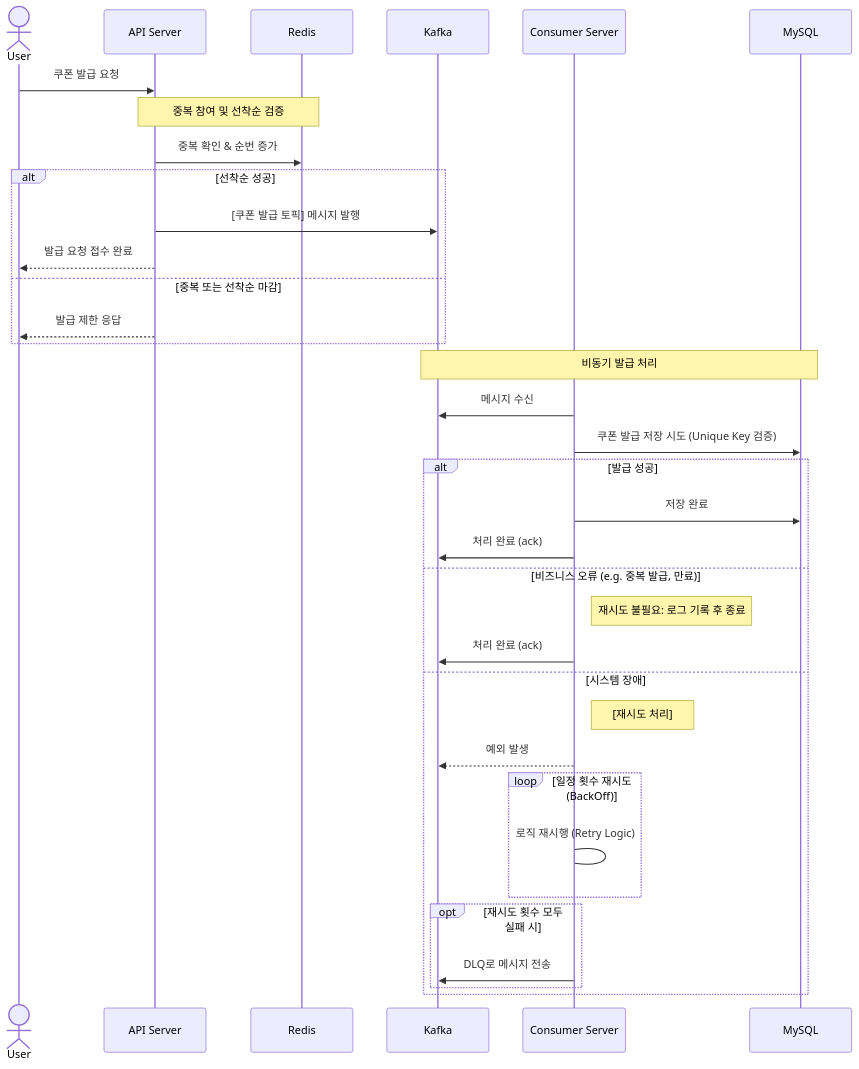
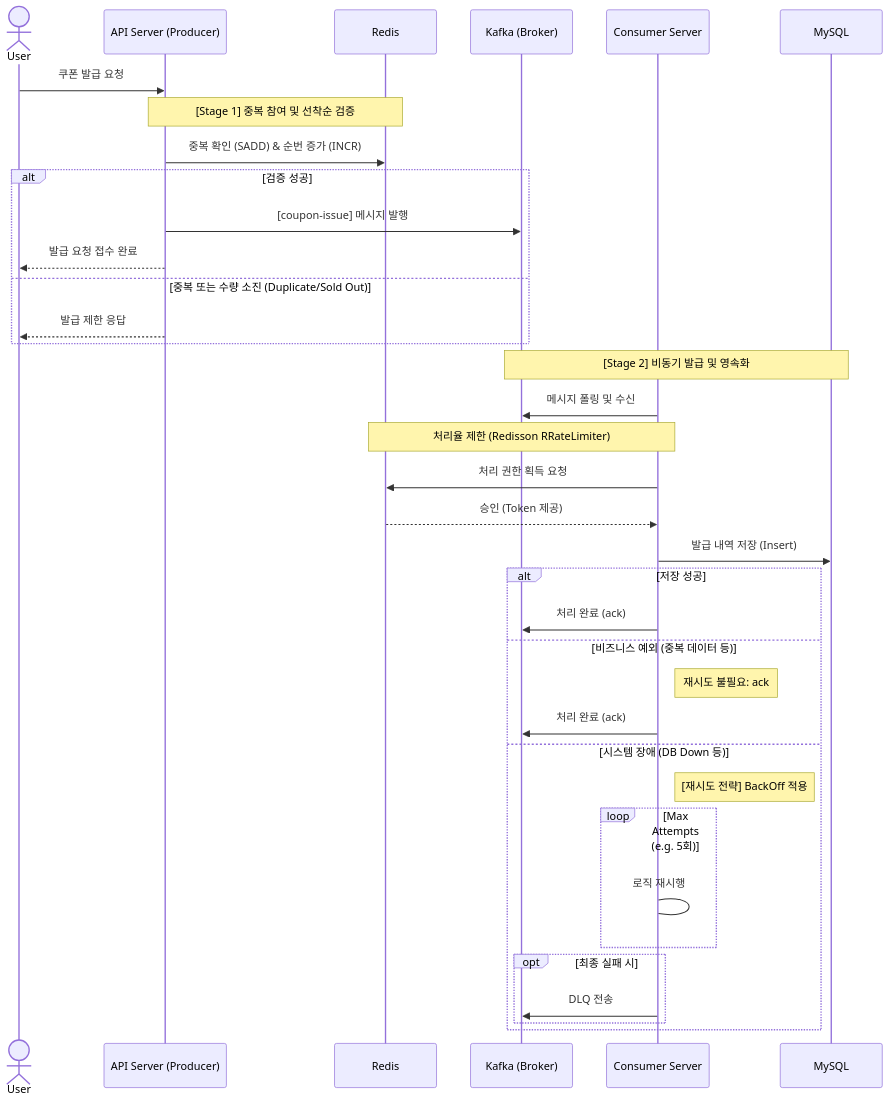
One commit to devFancy/springboot-coupon-system changed the second of 3 diagrams in docs/coupon-domain-modeling.md. Above: the diagram before and after it, drawn with Mermaid. The commit also changed other lines of this file and 8 other files, not shown here.

````diff
--- a/docs/coupon-domain-modeling.md
+++ b/docs/coupon-domain-modeling.md
@@ -208,43 +207,45 @@
 ```mermaid
 sequenceDiagram
   actor User
-  participant API Server
-  participant Redis
-  participant Kafka
-  participant Consumer Server
+  participant API as API Server (Producer)
+  participant Redis as Redis
+  participant Kafka as Kafka (Broker)
+  participant Consumer as Consumer Server
   participant DB as MySQL
 
-  User->>API Server: 쿠폰 발급 요청
+  User->>API: 쿠폰 발급 요청
+  
+  note over API, Redis: [Stage 1] 중복 참여 및 선착순 검증
+  API->>Redis: 중복 확인 (SADD) & 순번 증가 (INCR)
 
-  note over API Server, Redis: 중복 참여 및 선착순 검증
-  API Server->>Redis: 중복 확인 & 순번 증가
-
-  alt 선착순 성공
-    API Server->>Kafka: [쿠폰 발급 토픽] 메시지 발행
-    API Server-->>User: 발급 요청 접수 완료
-  else 중복 또는 선착순 마감
-    API Server-->>User: 발급 제한 응답
+  alt 검증 성공
+    API->>Kafka: [coupon-issue] 메시지 발행
+    API-->>User: 발급 요청 접수 완료
+  else 중복 또는 수량 소진 (Duplicate/Sold Out)
+    API-->>User: 발급 제한 응답
   end
 
-  note over Kafka, DB: 비동기 발급 처리
-  Consumer Server->>Kafka: 메시지 수신
+  note over Kafka, DB: [Stage 2] 비동기 발급 및 영속화
+  Consumer->>Kafka: 메시지 폴링 및 수신
   
-  Consumer Server->>DB: 쿠폰 발급 저장 시도 (Unique Key 검증)
+  note over Consumer, Redis: 처리율 제한 (Redisson RRateLimiter)
+  Consumer->>Redis: 처리 권한 획득 요청
+  Redis-->>Consumer: 승인 (Token 제공)
 
-  alt 발급 성공
-    Consumer Server->>DB: 저장 완료
-    Consumer Server->>Kafka: 처리 완료 (ack)
-  else 비즈니스 오류 (e.g. 중복 발급, 만료)
-    note right of Consumer Server: 재시도 불필요: 로그 기록 후 종료
-    Consumer Server->>Kafka: 처리 완료 (ack)
-  else 시스템 장애
-    note right of Consumer Server: [재시도 처리]
-    Consumer Server-->>Kafka: 예외 발생
-    loop 일정 횟수 재시도 (BackOff)
-        Consumer Server -> Consumer Server: 로직 재시행 (Retry Logic)
+  Consumer->>DB: 발급 내역 저장 (Insert)
+
+  alt 저장 성공
+    Consumer->>Kafka: 처리 완료 (ack)
+  else 비즈니스 예외 (중복 데이터 등)
+    note right of Consumer: 재시도 불필요: ack
+    Consumer->>Kafka: 처리 완료 (ack)
+  else 시스템 장애 (DB Down 등)
+    note right of Consumer: [재시도 전략] BackOff 적용
+    loop Max Attempts (e.g. 5회)
+        Consumer -> Consumer: 로직 재시행
     end
-    opt 재시도 횟수 모두 실패 시
-        Consumer Server->>Kafka: DLQ로 메시지 전송
+    opt 최종 실패 시
+        Consumer->>Kafka: DLQ 전송
     end
   end
 ```
````
